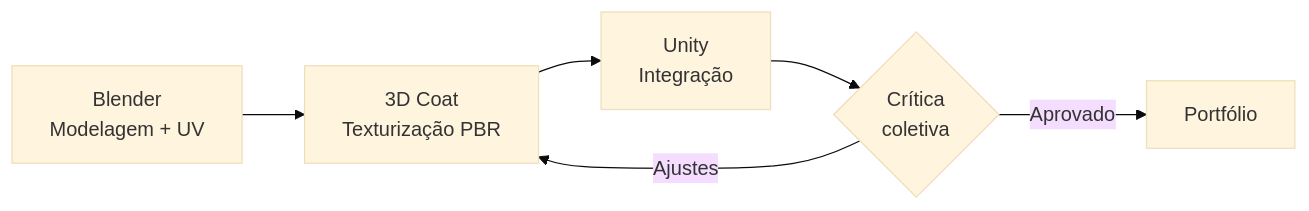
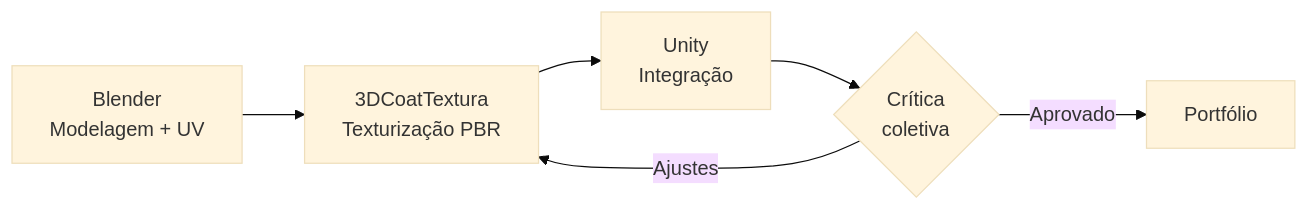
One commit to rsdevigo/sbl-texturizacao changed the diagram in Slides/examples/diagram.md. Above: the diagram before and after it, drawn with Mermaid (base theme). The commit also changed 46 other files, not shown here.

First line of the commit message:
Adota 3DCoatTextura 2026 e adiciona guias de migração do Substance

````diff
--- a/Slides/examples/diagram.md
+++ b/Slides/examples/diagram.md
@@ -13,8 +13,8 @@
 ```mermaid
 flowchart LR
-    A[Blender<br/>Modelagem + UV] --> B[3D Coat<br/>Texturização PBR]
+    A[Blender<br/>Modelagem + UV] --> B[3DCoatTextura<br/>Texturização PBR]
     B --> C[Unity<br/>Integração]
     C --> D{Crítica<br/>coletiva}
     D -->|Ajustes| B
     D -->|Aprovado| E[Portfólio]
 ```
````
